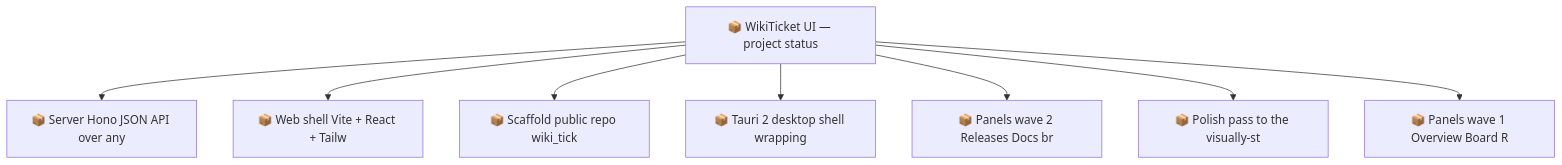
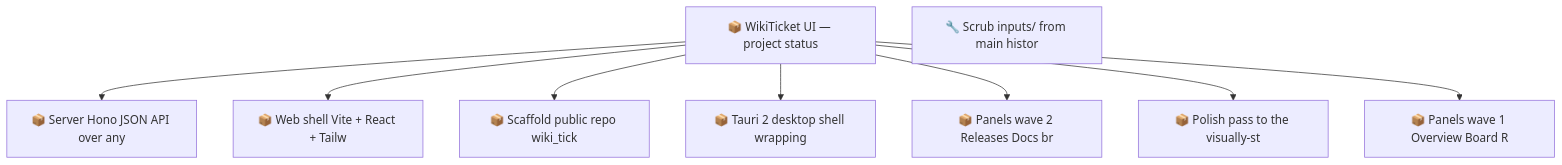
The second of 2 diagrams in docs/roadmap.md (SpillwaveSolutions/wiki_ticket_sdd), drawn with Mermaid before and after one commit. The commit also changed other lines of this file and 1 other file, not shown here.

First line of the commit message:
chore: record inputs/ history-scrub item

````diff
--- a/docs/roadmap.md
+++ b/docs/roadmap.md
@@ -68,18 +75,19 @@
 ```mermaid
 graph TD
     01KY111BC71KJGNH55CB2DWMKN["📦 Server Hono JSON API over any"]
     01KY111BC7B70C7M2RF1E57G17["📦 Web shell Vite + React + Tailw"]
     01KY111BC7NJ4BE7JBDK2P6Y56["📦 Scaffold public repo wiki_tick"]
     01KY111BC7PABV8W6SDNVQACSN["📦 WikiTicket UI — project status"]
     01KY111BC842N3J7Y7H85NHSEG["📦 Tauri 2 desktop shell wrapping"]
     01KY111BC88FS6QD49JADZ9CJ5["📦 Panels wave 2 Releases Docs br"]
     01KY111BC8F9BH0T3TERYEFC3C["📦 Polish pass to the visually-st"]
     01KY111BC8QJAS9KH7N368N6RF["📦 Panels wave 1 Overview Board R"]
+    01KY2KHHF43KAZ54F57BQW71TD["🔧 Scrub inputs/ from main histor"]
     01KY111BC7PABV8W6SDNVQACSN --> 01KY111BC71KJGNH55CB2DWMKN
     01KY111BC7PABV8W6SDNVQACSN --> 01KY111BC7B70C7M2RF1E57G17
     01KY111BC7PABV8W6SDNVQACSN --> 01KY111BC7NJ4BE7JBDK2P6Y56
     01KY111BC7PABV8W6SDNVQACSN --> 01KY111BC842N3J7Y7H85NHSEG
     01KY111BC7PABV8W6SDNVQACSN --> 01KY111BC88FS6QD49JADZ9CJ5
     01KY111BC7PABV8W6SDNVQACSN --> 01KY111BC8F9BH0T3TERYEFC3C
     01KY111BC7PABV8W6SDNVQACSN --> 01KY111BC8QJAS9KH7N368N6RF
 ```
````
